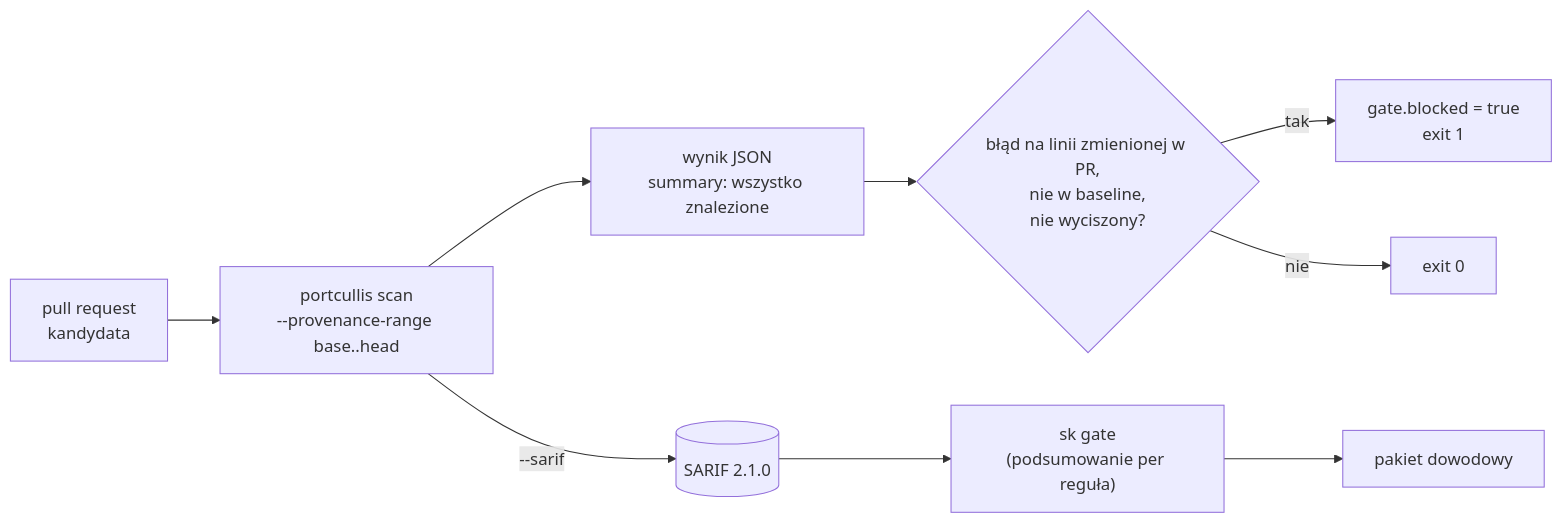
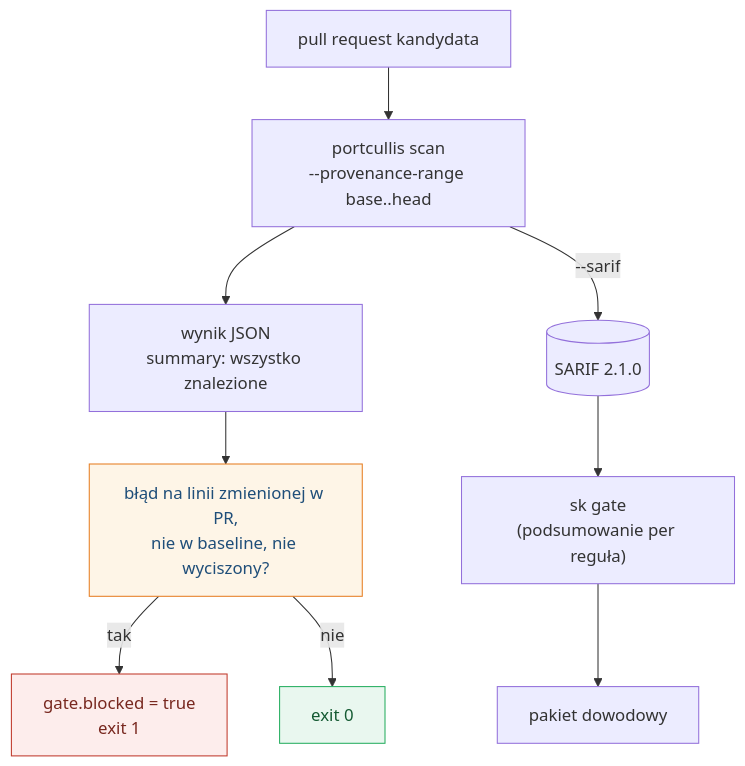
One commit to konradcinkusz/letsgolegacy.secondkey changed the diagram in docs/diagrams/a8-bramka-portcullis.mmd. Above: the diagram before and after it, drawn with Mermaid. The commit also changed 23 other files, not shown here.

First line of the commit message:
Framework documentation: every chapter, and diagrams sized for the page

```diff
--- a/docs/diagrams/a8-bramka-portcullis.mmd
+++ b/docs/diagrams/a8-bramka-portcullis.mmd
@@ -1,9 +1,15 @@
-flowchart LR
-  PR["pull request<br/>kandydata"] --> SCAN["portcullis scan<br/>--provenance-range base..head"]
+flowchart TB
+  PR["pull request kandydata"] --> SCAN["portcullis scan<br/>--provenance-range base..head"]
   SCAN --> RES["wynik JSON<br/>summary: wszystko znalezione"]
-  RES --> G{"błąd na linii zmienionej w PR,<br/>nie w baseline,<br/>nie wyciszony?"}
+  SCAN -- "--sarif" --> SARIF[("SARIF 2.1.0")]
+  RES --> G["błąd na linii zmienionej w PR,<br/>nie w baseline, nie wyciszony?"]
   G -- tak --> BLK["gate.blocked = true<br/>exit 1"]
   G -- nie --> OK["exit 0"]
-  SCAN -- "--sarif" --> SARIF[("SARIF 2.1.0")]
   SARIF --> SKG["sk gate<br/>(podsumowanie per reguła)"]
   SKG --> PACK["pakiet dowodowy"]
+  classDef q fill:#FEF5E7,stroke:#E67E22,color:#1F4E79
+  classDef bad fill:#FDEDEC,stroke:#C0392B,color:#78281F
+  classDef good fill:#E9F7EF,stroke:#27AE60,color:#145A32
+  class G q
+  class BLK bad
+  class OK good
```
